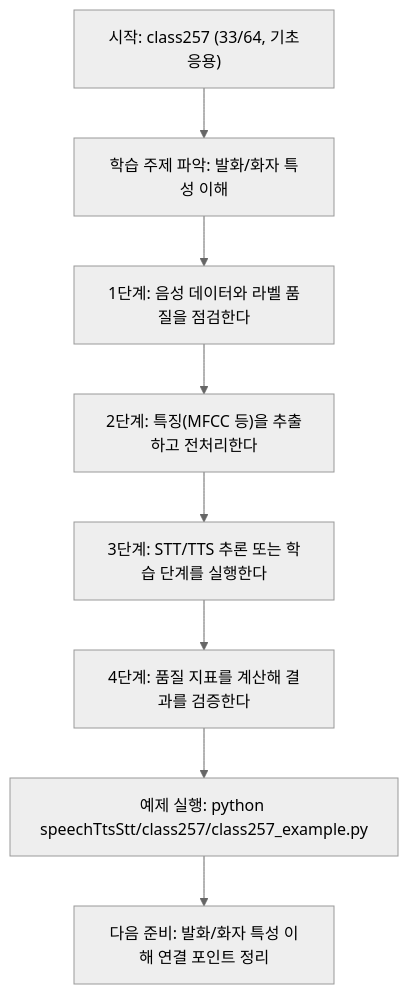
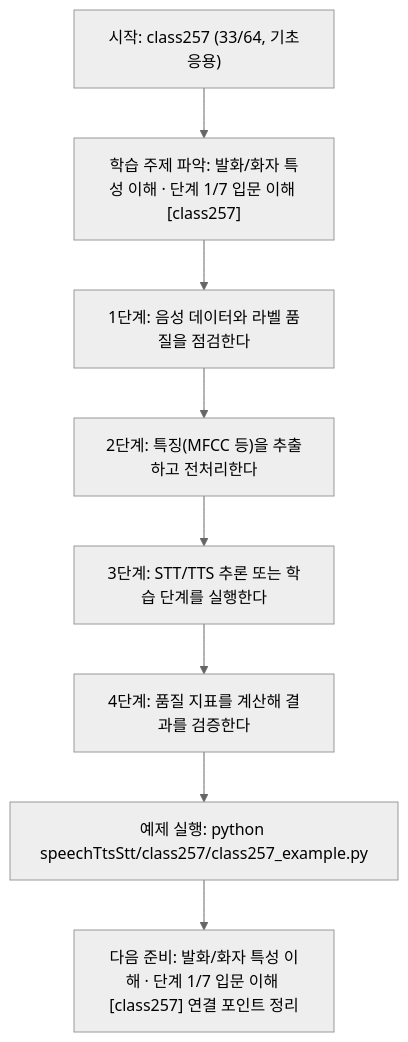
One commit to edumgt/Python-AI_Agent-Class changed the diagram in speechTtsStt/class257/class257.md. Above: the diagram before and after it, drawn with Mermaid (neutral theme). The commit also changed other lines of this file and 522 other files, not shown here.

````diff
--- a/speechTtsStt/class257/class257.md
+++ b/speechTtsStt/class257/class257.md
@@ -114,18 +115,18 @@
 ```mermaid
 flowchart TD
 N1["시작: class257 (33/64, 기초응용)"]
-N2["학습 주제 파악: 발화/화자 특성 이해"]
+N2["학습 주제 파악: 발화/화자 특성 이해 · 단계 1/7 입문 이해 [class257]"]
 N3["1단계: 음성 데이터와 라벨 품질을 점검한다"]
 N4["2단계: 특징(MFCC 등)을 추출하고 전처리한다"]
 N5["3단계: STT/TTS 추론 또는 학습 단계를 실행한다"]
 N6["4단계: 품질 지표를 계산해 결과를 검증한다"]
 N7["예제 실행: python speechTtsStt/class257/class257_example.py"]
-N8["다음 준비: 발화/화자 특성 이해 연결 포인트 정리"]
+N8["다음 준비: 발화/화자 특성 이해 · 단계 1/7 입문 이해 [class257] 연결 포인트 정리"]
 N1 --> N2
 N2 --> N3
 N3 --> N4
 N4 --> N5
 N5 --> N6
 N6 --> N7
 N7 --> N8
 ```
````
